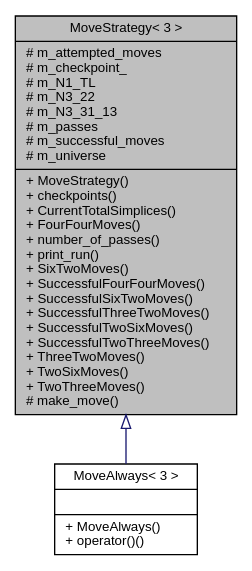
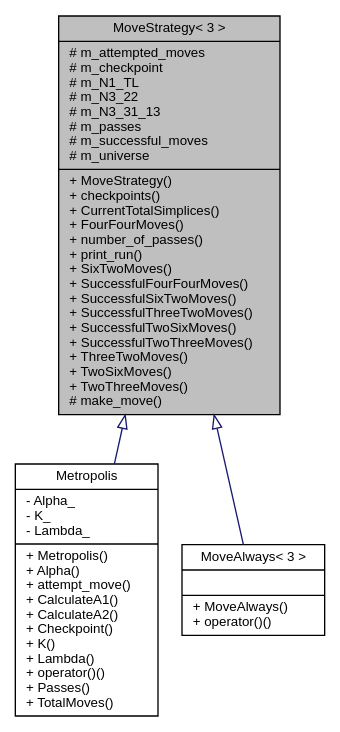
One commit to acgetchell/CDT-plusplus changed the diagram in class_move_strategy_3_013_01_4__inherit__graph.dot. Above: the diagram before and after it, drawn with Graphviz. The commit also changed 262 other files, not shown here.

```diff
--- a/class_move_strategy_3_013_01_4__inherit__graph.dot
+++ b/class_move_strategy_3_013_01_4__inherit__graph.dot
@@ -1,9 +1,11 @@
 digraph "MoveStrategy&lt; 3 &gt;"
 {
  // LATEX_PDF_SIZE
   edge [fontname="Helvetica",fontsize="10",labelfontname="Helvetica",labelfontsize="10"];
   node [fontname="Helvetica",fontsize="10",shape=record];
-  Node1 [label="{MoveStrategy\< 3 \>\n|# m_attempted_moves\l# m_checkpoint_\l# m_N1_TL\l# m_N3_22\l# m_N3_31_13\l# m_passes\l# m_successful_moves\l# m_universe\l|+ MoveStrategy()\l+ checkpoints()\l+ CurrentTotalSimplices()\l+ FourFourMoves()\l+ number_of_passes()\l+ print_run()\l+ SixTwoMoves()\l+ SuccessfulFourFourMoves()\l+ SuccessfulSixTwoMoves()\l+ SuccessfulThreeTwoMoves()\l+ SuccessfulTwoSixMoves()\l+ SuccessfulTwoThreeMoves()\l+ ThreeTwoMoves()\l+ TwoSixMoves()\l+ TwoThreeMoves()\l# make_move()\l}",height=0.2,width=0.4,color="black", fillcolor="grey75", style="filled", fontcolor="black",tooltip=" "];
+  Node1 [label="{MoveStrategy\< 3 \>\n|# m_attempted_moves\l# m_checkpoint\l# m_N1_TL\l# m_N3_22\l# m_N3_31_13\l# m_passes\l# m_successful_moves\l# m_universe\l|+ MoveStrategy()\l+ checkpoints()\l+ CurrentTotalSimplices()\l+ FourFourMoves()\l+ number_of_passes()\l+ print_run()\l+ SixTwoMoves()\l+ SuccessfulFourFourMoves()\l+ SuccessfulSixTwoMoves()\l+ SuccessfulThreeTwoMoves()\l+ SuccessfulTwoSixMoves()\l+ SuccessfulTwoThreeMoves()\l+ ThreeTwoMoves()\l+ TwoSixMoves()\l+ TwoThreeMoves()\l# make_move()\l}",height=0.2,width=0.4,color="black", fillcolor="grey75", style="filled", fontcolor="black",tooltip=" "];
   Node1 -> Node2 [dir="back",color="midnightblue",fontsize="10",style="solid",arrowtail="onormal",fontname="Helvetica"];
-  Node2 [label="{MoveAlways\< 3 \>\n||+ MoveAlways()\l+ operator()()\l}",height=0.2,width=0.4,color="black", fillcolor="white", style="filled",URL="$class_move_always_3_013_01_4.html",tooltip=" "];
+  Node2 [label="{Metropolis\n|- Alpha_\l- K_\l- Lambda_\l|+ Metropolis()\l+ Alpha()\l+ attempt_move()\l+ CalculateA1()\l+ CalculateA2()\l+ Checkpoint()\l+ K()\l+ Lambda()\l+ operator()()\l+ Passes()\l+ TotalMoves()\l}",height=0.2,width=0.4,color="black", fillcolor="white", style="filled",URL="$class_metropolis.html",tooltip="Metropolis-Hastings algorithm function object."];
+  Node1 -> Node3 [dir="back",color="midnightblue",fontsize="10",style="solid",arrowtail="onormal",fontname="Helvetica"];
+  Node3 [label="{MoveAlways\< 3 \>\n||+ MoveAlways()\l+ operator()()\l}",height=0.2,width=0.4,color="black", fillcolor="white", style="filled",URL="$class_move_always_3_013_01_4.html",tooltip=" "];
 }
```
